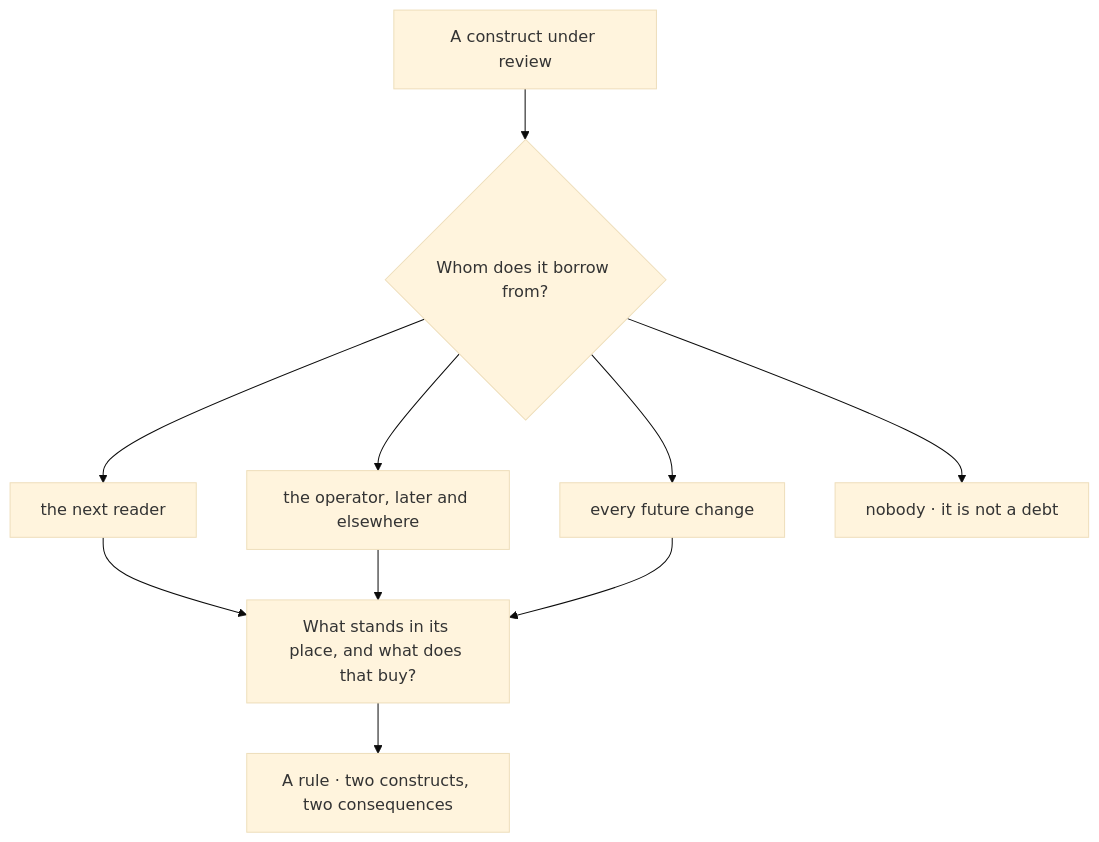
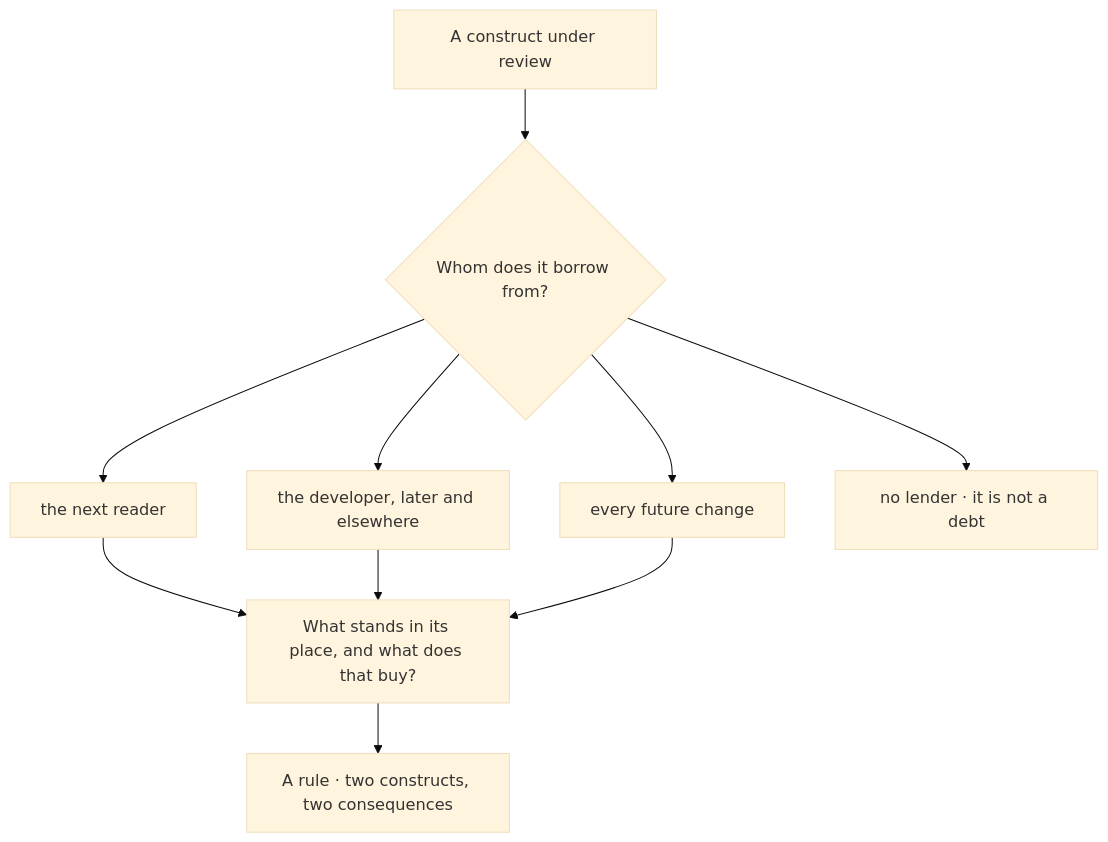
The fifth of 5 diagrams in architecture/DECAY.md (Varietyz/Disciplined-AI-Software-Development), drawn with Mermaid (base theme) before and after one commit. The commit also changed other lines of this file and 25 other files, not shown here.

````diff
--- a/architecture/DECAY.md
+++ b/architecture/DECAY.md
@@ -242,17 +228,17 @@
 ```mermaid
 flowchart TB
 construct["A construct under review"]
 lender{"Whom does it borrow from?"}
 reader["the next reader"]
-operator["the operator, later and elsewhere"]
+operator["the developer, later and elsewhere"]
 change["every future change"]
-nobody["nobody · it is not a debt"]
+nobody["no lender · it is not a debt"]
 replacement["What stands in its place, and what does that buy?"]
 rule["A rule · two constructs, two consequences"]
 construct --> lender
 lender --> reader --> replacement
 lender --> operator --> replacement
 lender --> change --> replacement
 lender --> nobody
 replacement --> rule
 ```
````
